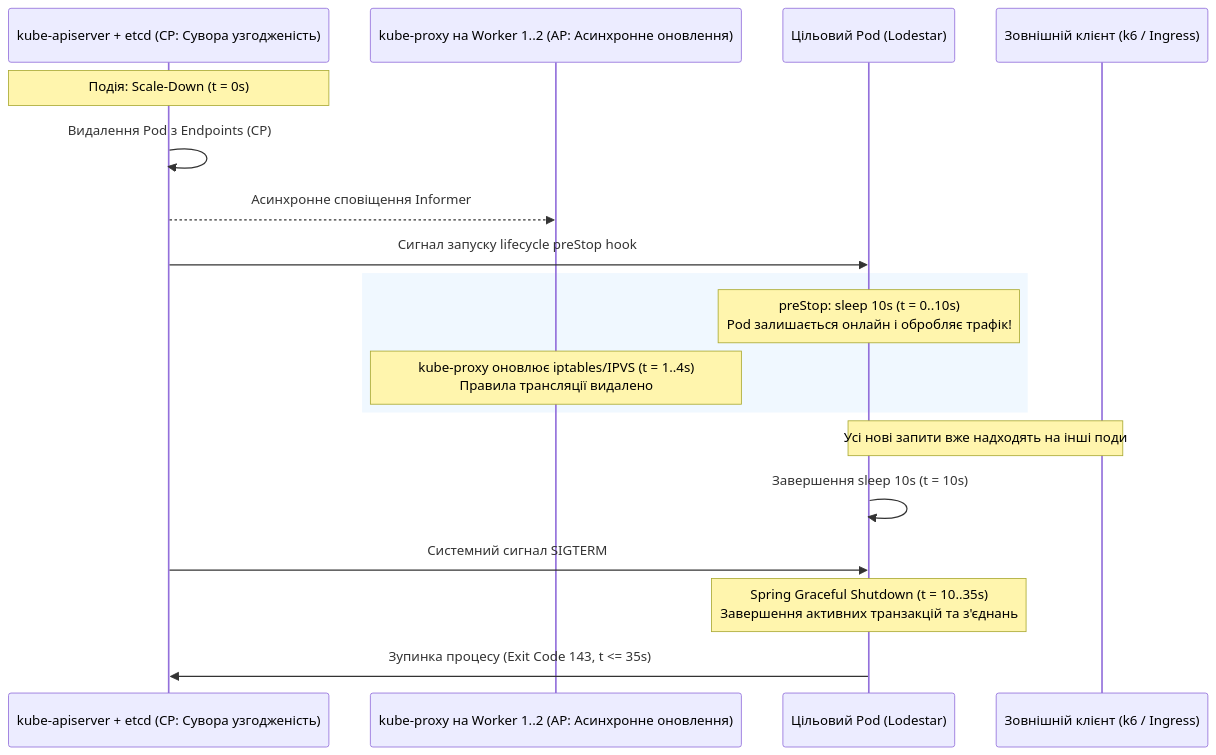
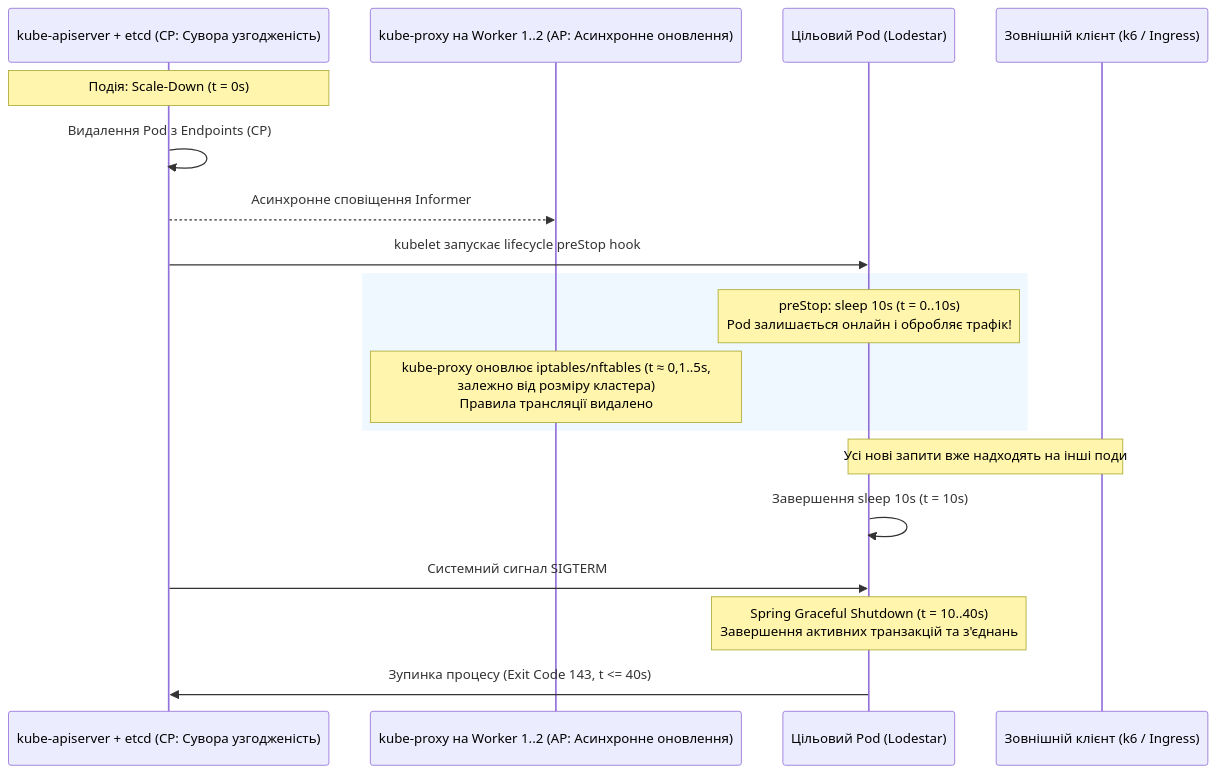
The fifth of 5 diagrams in _posts/2026-10-07-kube-proxy-load-balancing.md (Olezha/OlehShklyar), drawn with Mermaid before and after one commit. The commit also changed other lines of this file and 4 other files, not shown here.

First line of the commit message:
Revise kube-proxy article with cluster experiments

````diff
--- a/_posts/2026-10-07-kube-proxy-load-balancing.md
+++ b/_posts/2026-10-07-kube-proxy-load-balancing.md
@@ -380,23 +407,23 @@
 ```mermaid
 sequenceDiagram
     participant API as kube-apiserver + etcd (CP: Сувора узгодженість)
     participant KP as kube-proxy на Worker 1..2 (AP: Асинхронне оновлення)
     participant Pod as Цільовий Pod (Lodestar)
     participant Client as Зовнішній клієнт (k6 / Ingress)
 
     Note over API: Подія: Scale-Down (t = 0s)
     API->>API: Видалення Pod з Endpoints (CP)
     API-->>KP: Асинхронне сповіщення Informer
-    API->>Pod: Сигнал запуску lifecycle preStop hook
+    API->>Pod: kubelet запускає lifecycle preStop hook
 
     rect rgb(240, 248, 255)
         Note over Pod: preStop: sleep 10s (t = 0..10s)<br/>Pod залишається онлайн і обробляє трафік!
-        Note over KP: kube-proxy оновлює iptables/IPVS (t = 1..4s)<br/>Правила трансляції видалено
+        Note over KP: kube-proxy оновлює iptables/nftables (t ≈ 0,1..5s,<br/>залежно від розміру кластера)<br/>Правила трансляції видалено
     end
 
     Note over Client,Pod: Усі нові запити вже надходять на інші поди
     Pod->>Pod: Завершення sleep 10s (t = 10s)
     API->>Pod: Системний сигнал SIGTERM
-    Note over Pod: Spring Graceful Shutdown (t = 10..35s)<br/>Завершення активних транзакцій та з'єднань
-    Pod->>API: Зупинка процесу (Exit Code 143, t <= 35s)
+    Note over Pod: Spring Graceful Shutdown (t = 10..40s)<br/>Завершення активних транзакцій та з'єднань
+    Pod->>API: Зупинка процесу (Exit Code 143, t <= 40s)
 ```
````
